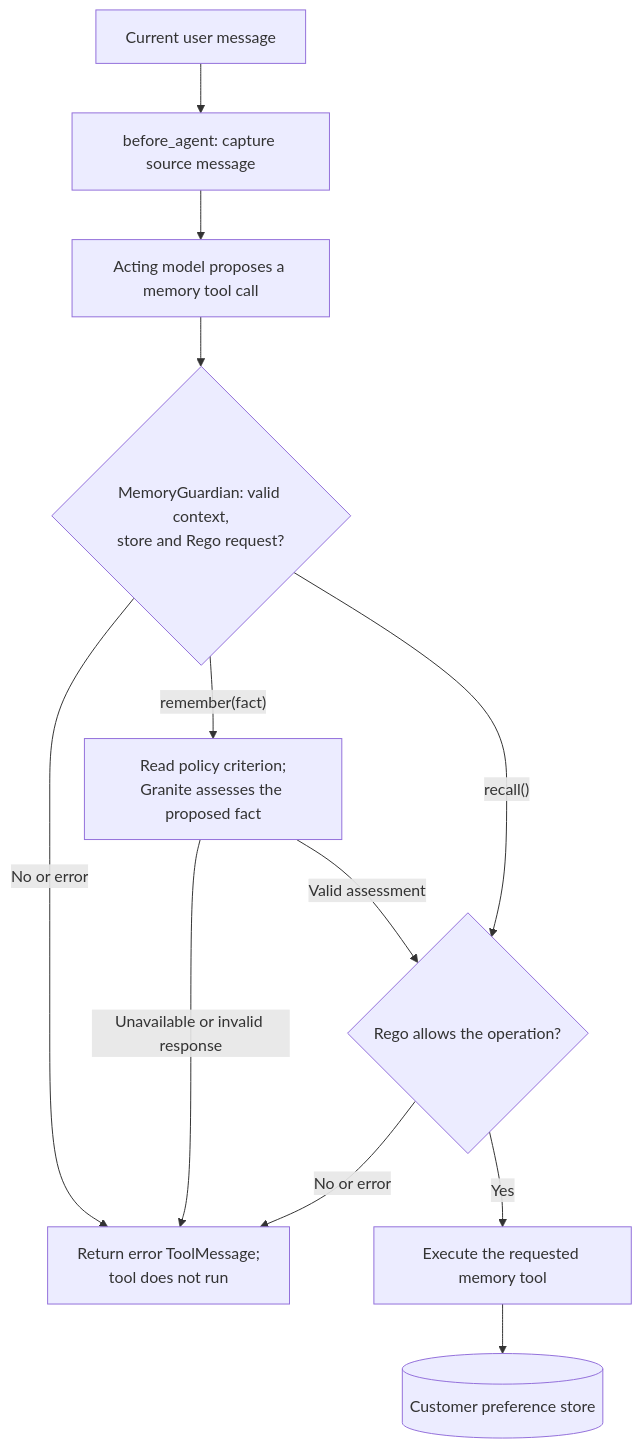
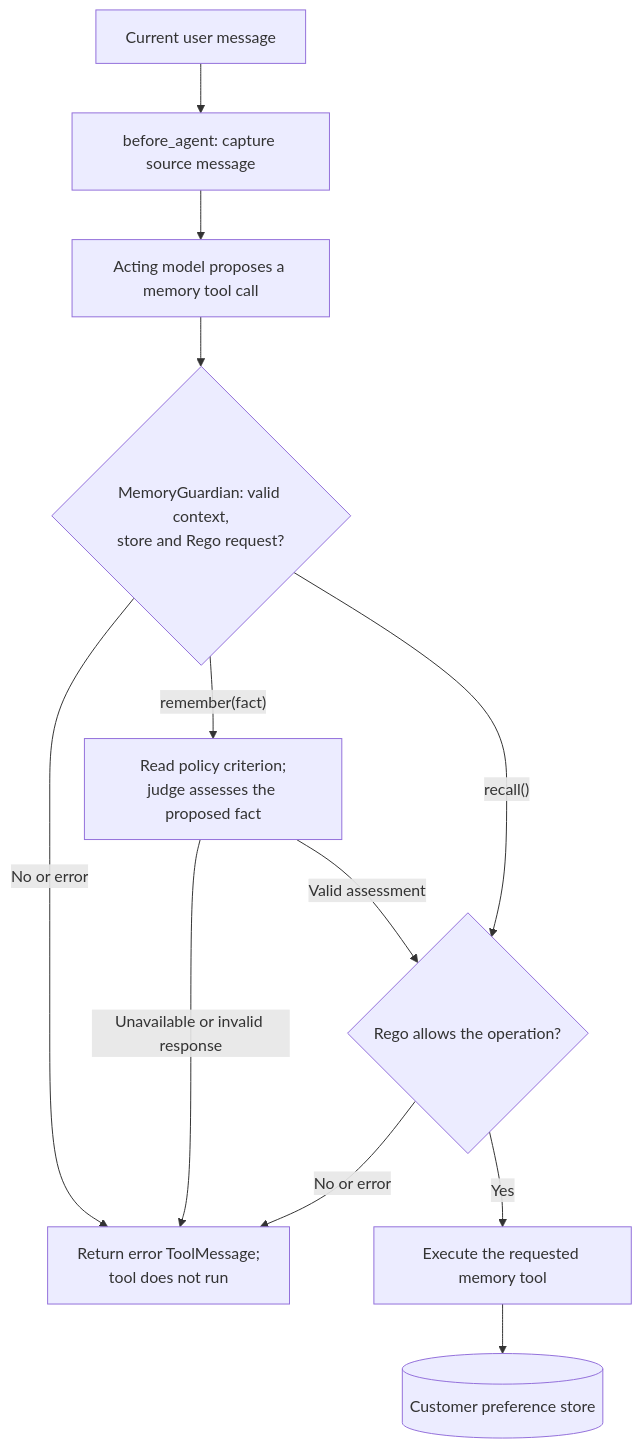
The second of 2 diagrams in guardian/README.md (masoodfaisal/langchain-middlewares), drawn with Mermaid before and after one commit. The commit also changed other lines of this file and 7 other files, not shown here.

````diff
--- a/guardian/README.md
+++ b/guardian/README.md
@@ -53,14 +55,14 @@
 ```mermaid
 flowchart TD
     U["Current user message"] --> C["before_agent: capture source message"]
     C --> A["Acting model proposes a memory tool call"]
     A --> V{"MemoryGuardian: valid context,<br/>store and Rego request?"}
     V -->|No or error| B["Return error ToolMessage;<br/>tool does not run"]
-    V -->|"remember(fact)"| G["Read policy criterion;<br/>Granite assesses the proposed fact"]
+    V -->|"remember(fact)"| G["Read policy criterion;<br/>judge assesses the proposed fact"]
     G -->|Valid assessment| R{"Rego allows the operation?"}
     G -->|Unavailable or invalid response| B
     V -->|"recall()"| R
     R -->|Yes| T["Execute the requested memory tool"]
     R -->|No or error| B
     T --> S[(Customer preference store)]
 ```
````
